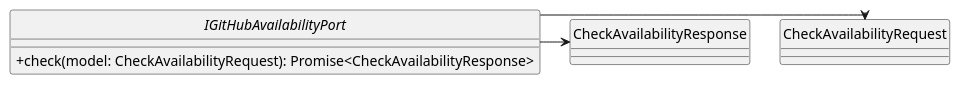
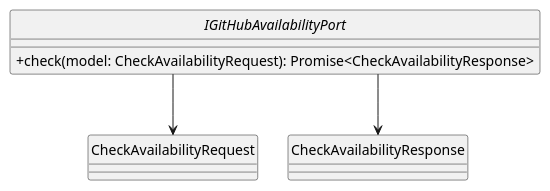
Before and after one commit to SkarabGroup/DocumentazioneProgetto: the diagram in assets/st_diagrams/code/plantuml/analysis/application/ports/githubAvailability.port.plantuml, drawn with PlantUML. The commit also changed 45 other files, not shown here.

```diff
--- a/assets/st_diagrams/code/plantuml/analysis/application/ports/githubAvailability.port.plantuml
+++ b/assets/st_diagrams/code/plantuml/analysis/application/ports/githubAvailability.port.plantuml
@@ -1,15 +1,15 @@
 @startuml IGitHubAvailabilityPort
 skinparam componentStyle uml2.5
 skinparam linetype ortho
 skinparam nodesep 30
 skinparam ranksep 30
 skinparam ClassAttributeIconSize 0
 hide circles
 
 interface IGitHubAvailabilityPort {
     + check(model: CheckAvailabilityRequest): Promise<CheckAvailabilityResponse>
 }
 
-IGitHubAvailabilityPort --right-> CheckAvailabilityRequest
-IGitHubAvailabilityPort --right-> CheckAvailabilityResponse
+IGitHubAvailabilityPort --down-> CheckAvailabilityRequest
+IGitHubAvailabilityPort --down-> CheckAvailabilityResponse
 @enduml
```
